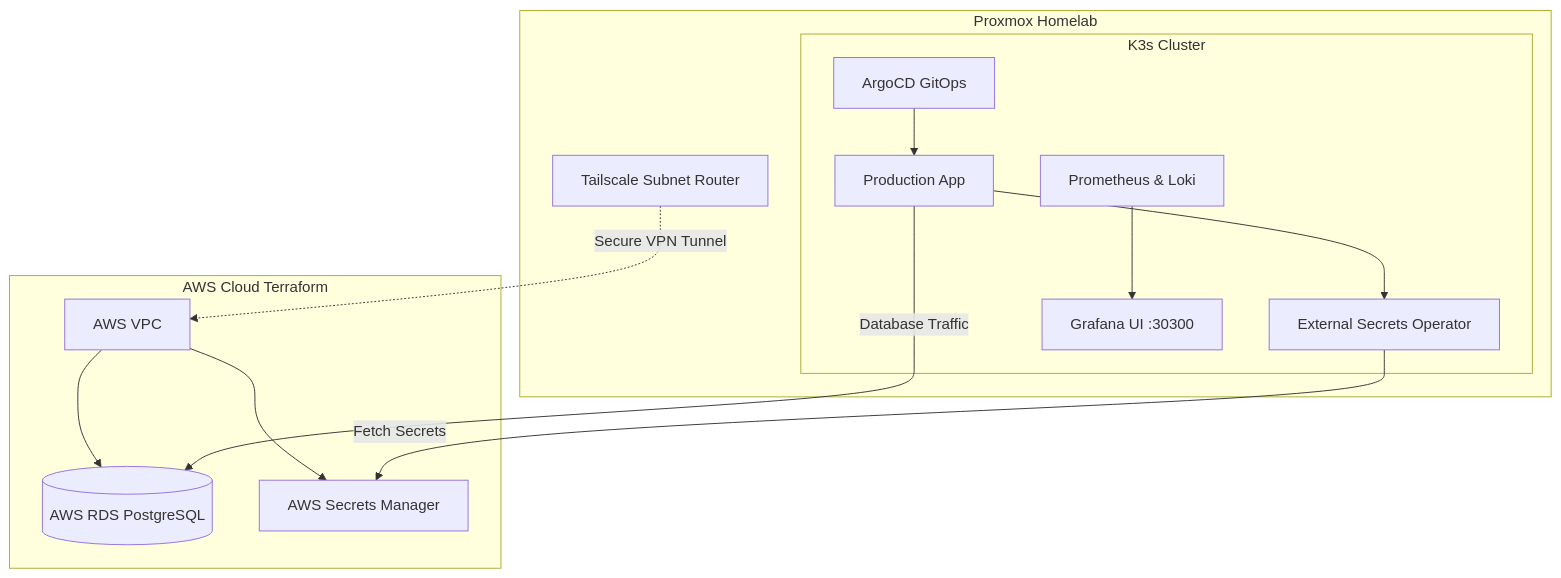
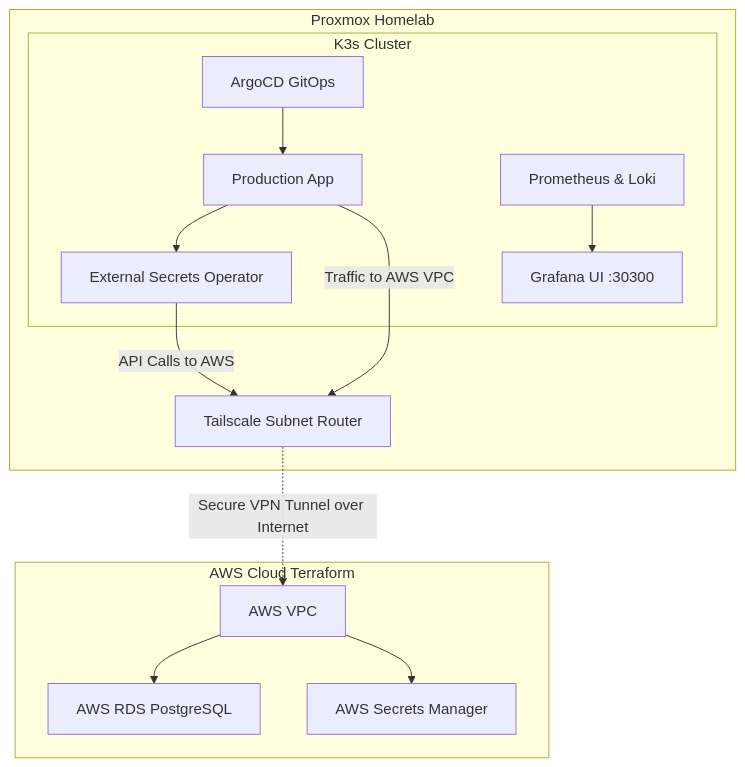
Before and after one commit to kuikml/homelab-platform: the diagram in README.md, drawn with Mermaid.

Commit message:
Change grap logic

````diff
--- a/README.md
+++ b/README.md
@@ -27,20 +27,20 @@
 ```mermaid
 graph TB
-    subgraph Proxmox Homelab
-        subgraph K3s Cluster
+    subgraph Proxmox_Homelab [Proxmox Homelab]
+        subgraph K3s_Cluster [K3s Cluster]
             Argo[ArgoCD GitOps] --> App[Production App]
             App --> ESO[External Secrets Operator]
             Prom[Prometheus & Loki] --> Graf[Grafana UI :30300]
         end
-        Tail[Tailscale Subnet Router]
+        
+        App -->|Traffic to AWS VPC| Tail[Tailscale Subnet Router]
+        ESO -->|API Calls to AWS| Tail
     end
 
     subgraph AWS_Cloud [AWS Cloud Terraform]
-        VPC[AWS VPC] --> RDS[(AWS RDS PostgreSQL)]
+        VPC[AWS VPC] --> RDS[AWS RDS PostgreSQL]
         VPC --> SM[AWS Secrets Manager]
     end
 
-    Tail -.->|Secure VPN Tunnel| VPC
-    ESO -->|Fetch Secrets| SM
-    App -->|Database Traffic| RDS
+    Tail -.->|Secure VPN Tunnel over Internet| VPC
 ```
````
